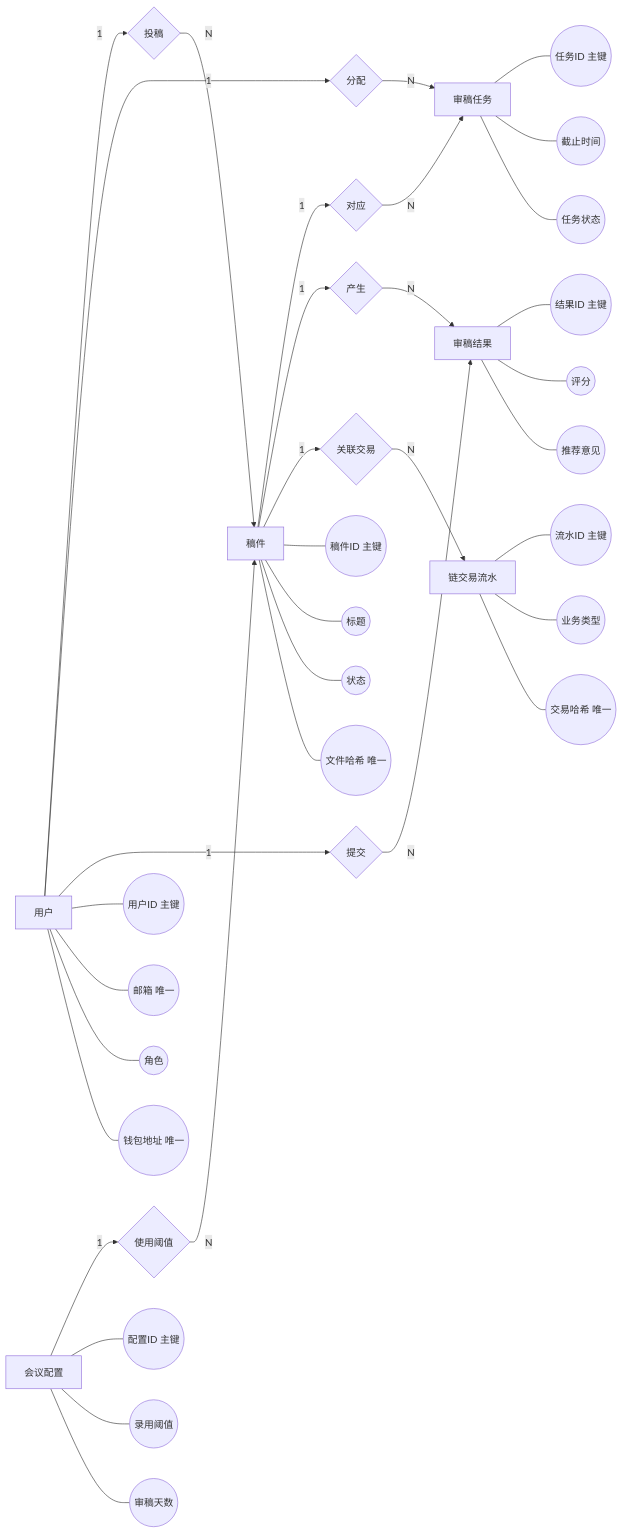
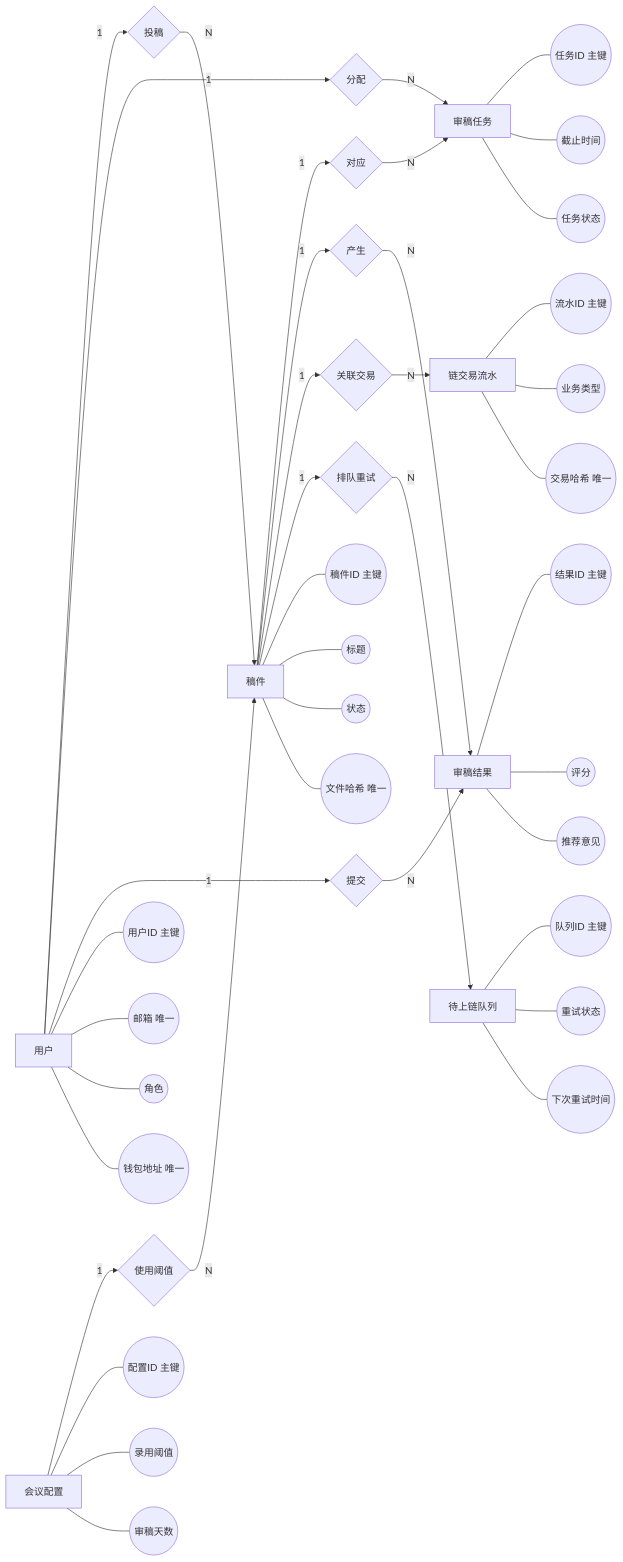
Before and after one commit to fs36/ConfChain: diagram 17 of 20 in docs/数据库设计说明书.md, drawn with Mermaid. The commit also changed other lines of this file and 6 other files, not shown here.

````diff
--- a/docs/数据库设计说明书.md
+++ b/docs/数据库设计说明书.md
@@ -491,68 +546,77 @@
 ```mermaid
 flowchart LR
   %% 实体（矩形）
   U[用户]
   P[稿件]
   RT[审稿任务]
   RR[审稿结果]
   CT[链交易流水]
   CC[会议配置]
+  PT[待上链队列]
 
   %% 联系（菱形）
   R1{投稿}
   R2{分配}
   R3{对应}
   R4{产生}
   R5{提交}
   R6{关联交易}
   R7{使用阈值}
+  R8{排队重试}
 
   %% 基数关系
   U -->|1| R1
   R1 -->|N| P
 
   U -->|1| R2
   R2 -->|N| RT
 
   P -->|1| R3
   R3 -->|N| RT
 
   P -->|1| R4
   R4 -->|N| RR
 
   U -->|1| R5
   R5 -->|N| RR
 
   P -->|1| R6
   R6 -->|N| CT
 
   CC -->|1| R7
   R7 -->|N| P
+
+  P -->|1| R8
+  R8 -->|N| PT
 
   %% 属性（椭圆）
   U --- U1((用户ID 主键))
   U --- U2((邮箱 唯一))
   U --- U3((角色))
   U --- U4((钱包地址 唯一))
 
   P --- P1((稿件ID 主键))
   P --- P2((标题))
   P --- P3((状态))
   P --- P4((文件哈希 唯一))
 
   RT --- RT1((任务ID 主键))
   RT --- RT2((截止时间))
   RT --- RT3((任务状态))
 
   RR --- RR1((结果ID 主键))
   RR --- RR2((评分))
   RR --- RR3((推荐意见))
 
   CT --- CT1((流水ID 主键))
   CT --- CT2((业务类型))
   CT --- CT3((交易哈希 唯一))
 
   CC --- CC1((配置ID 主键))
   CC --- CC2((录用阈值))
   CC --- CC3((审稿天数))
+
+  PT --- PT1((队列ID 主键))
+  PT --- PT2((重试状态))
+  PT --- PT3((下次重试时间))
 ```
````
